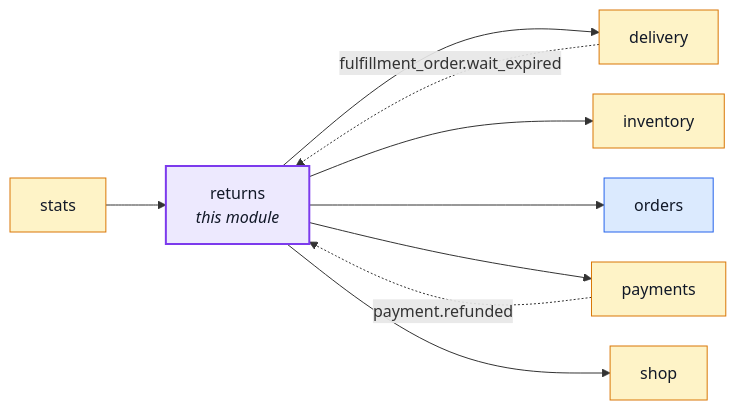
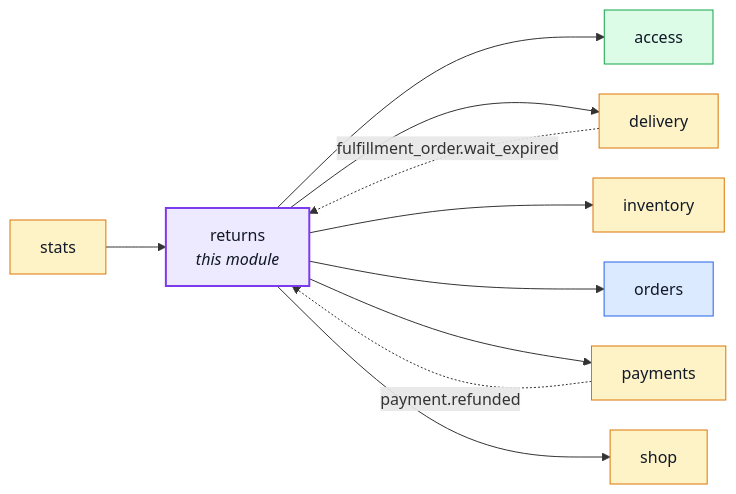
Before and after one commit to Guebbit/boilerplate-node-backend: the first of 5 diagrams in docs/modules/returns.md, drawn with Mermaid. The commit also changed other lines of this file and 11 other files, not shown here.

````diff
--- a/docs/modules/returns.md
+++ b/docs/modules/returns.md
@@ -22,28 +22,31 @@
 ```mermaid
 %%{init: {'flowchart': {'nodeSpacing': 30, 'rankSpacing': 60}}}%%
 flowchart LR
     returns["returns<br/><i>this module</i>"]
+    access["access"]
     delivery["delivery"]
     inventory["inventory"]
     orders["orders"]
     payments["payments"]
     shop["shop"]
     stats["stats"]
 
     stats --> returns
+    returns --> access
     returns --> delivery
     returns --> inventory
     returns --> orders
     returns --> payments
     returns --> shop
     delivery -. "fulfillment_order.wait_expired" .-> returns
     payments -. "payment.refunded" .-> returns
 
     classDef core fill:#dbeafe,stroke:#2563eb,color:#111827;
     classDef supporting fill:#fef3c7,stroke:#d97706,color:#111827;
     classDef generic fill:#dcfce7,stroke:#16a34a,color:#111827;
     classDef centre fill:#ede9fe,stroke:#7c3aed,stroke-width:2px,color:#111827;
     class orders core;
     class delivery,inventory,payments,shop,stats supporting;
+    class access generic;
     class returns centre;
 ```
````
